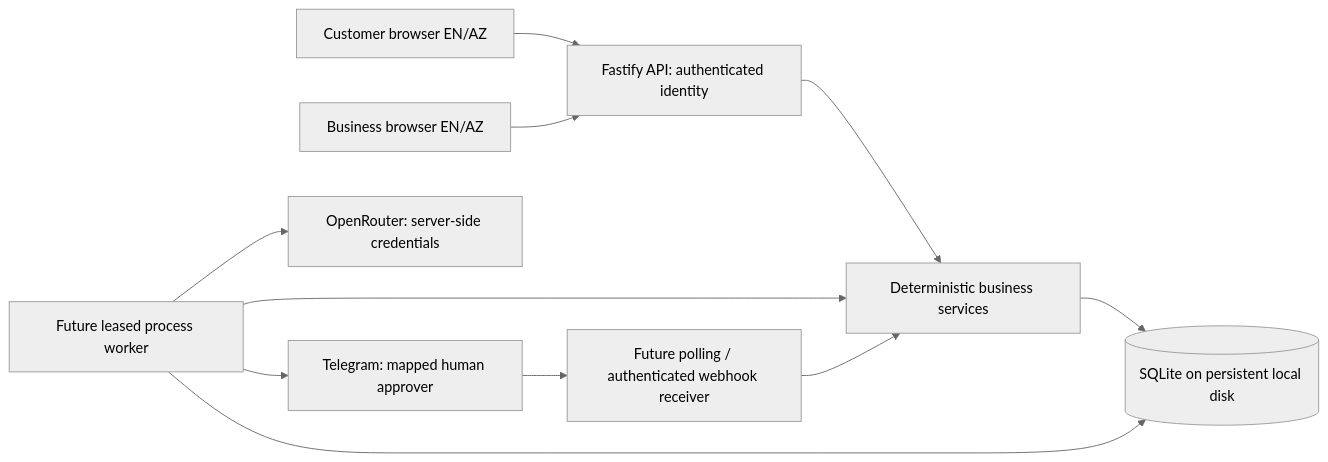
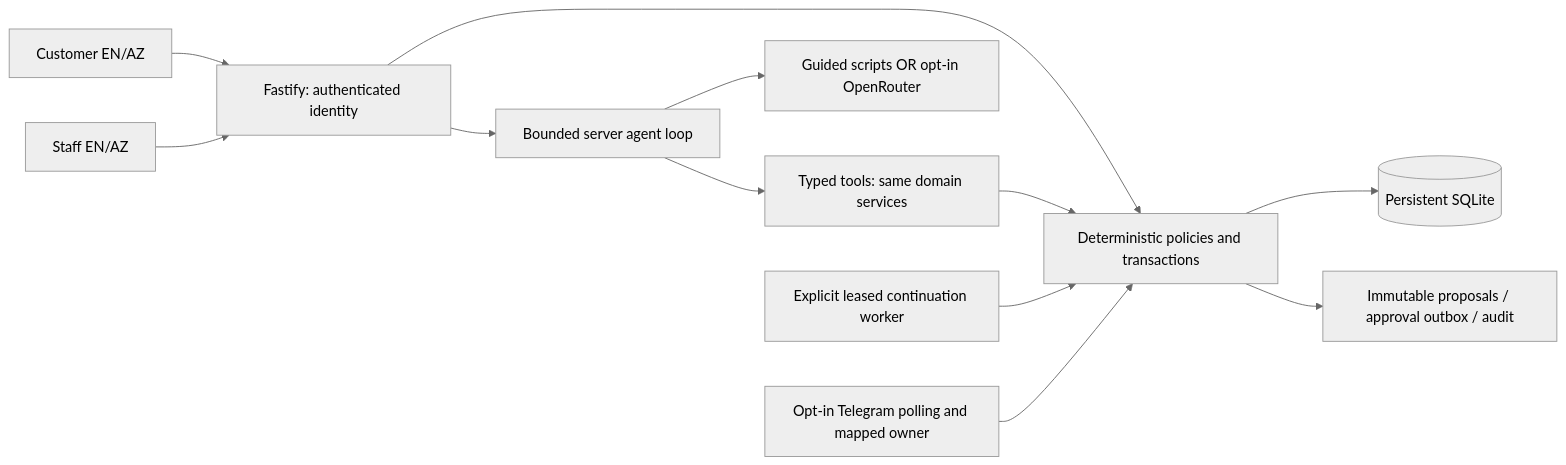
Before and after one commit to kulieff21/RelayOps: the diagram in docs/architecture.md, drawn with Mermaid (neutral theme). The commit also changed other lines of this file and 41 other files, not shown here.

````diff
--- a/docs/architecture.md
+++ b/docs/architecture.md
@@ -25,13 +22,14 @@
 ```mermaid
 flowchart LR
-  C[Customer browser EN/AZ] --> API[Fastify API: authenticated identity]
-  B[Business browser EN/AZ] --> API
-  API --> S[Deterministic business services]
-  S --> DB[(SQLite on persistent local disk)]
-  W[Future leased process worker] --> DB
-  W --> S
-  W --> OR[OpenRouter: server-side credentials]
-  W --> TG[Telegram: mapped human approver]
-  TG --> U[Future polling / authenticated webhook receiver]
-  U --> S
+  C[Customer EN/AZ] --> API[Fastify: authenticated identity]
+  B[Staff EN/AZ] --> API
+  API --> S[Deterministic policies and transactions]
+  API --> A[Bounded server agent loop]
+  A --> T[Typed tools: same domain services]
+  T --> S
+  A --> M[Guided scripts OR opt-in OpenRouter]
+  S --> DB[(Persistent SQLite)]
+  W[Explicit leased continuation worker] --> S
+  TG[Opt-in Telegram polling and mapped owner] --> S
+  S --> O[Immutable proposals / approval outbox / audit]
 ```
````
